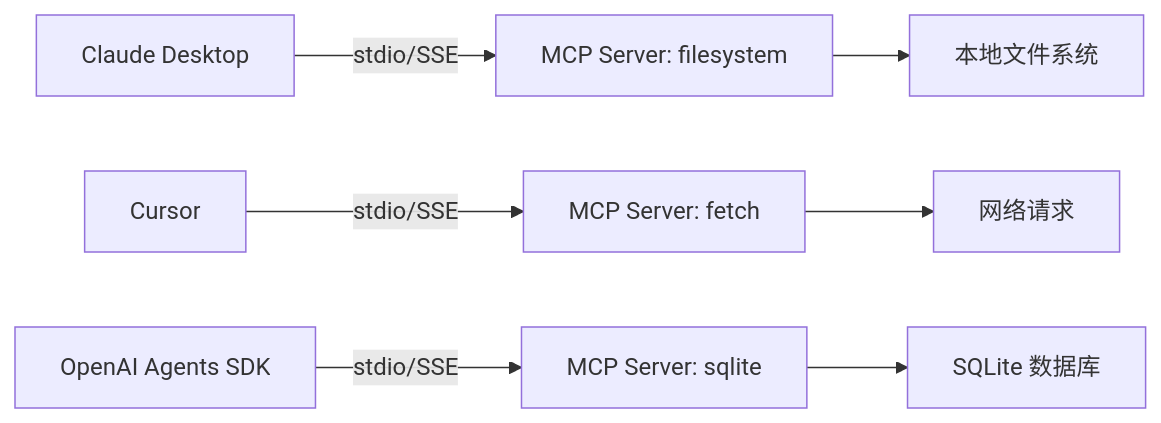
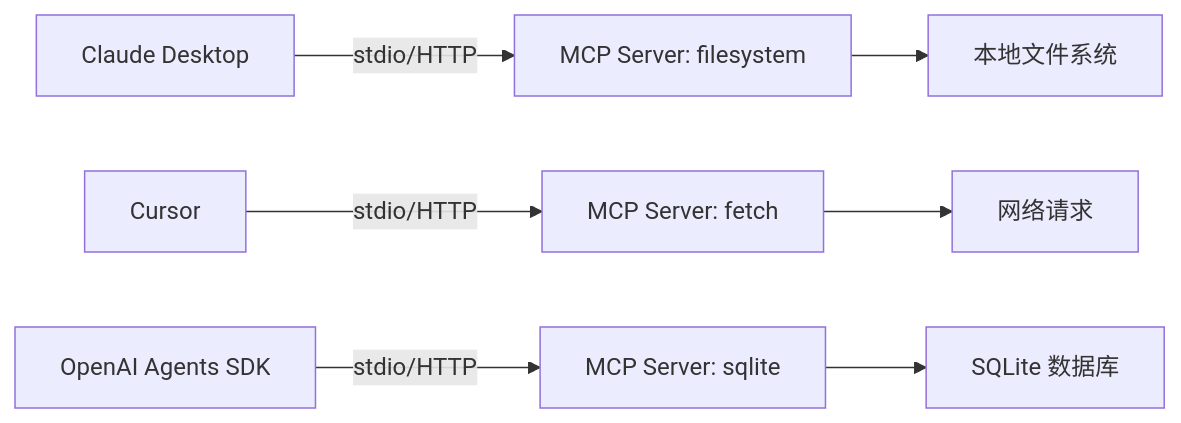
One commit to cypggs/AI_Infra_Handbook changed the second of 2 diagrams in docs/05-agent/mcp/01-background.md. Above: the diagram before and after it, drawn with Mermaid. The commit also changed other lines of this file and 11 other files, not shown here.

Commit message:
更新 MCP 主题至 2026-10：2026-07-28 无状态规范新基线、AAIF 治理、OAuth 2.1、供应链安全与工具投毒防护、SDK v2

````diff
--- a/docs/05-agent/mcp/01-background.md
+++ b/docs/05-agent/mcp/01-background.md
@@ -74,9 +75,9 @@
 ```mermaid
 flowchart LR
-    H1[Claude Desktop] -->|stdio/SSE| S1[MCP Server: filesystem]
-    H2[Cursor] -->|stdio/SSE| S2[MCP Server: fetch]
-    H3[OpenAI Agents SDK] -->|stdio/SSE| S3[MCP Server: sqlite]
+    H1[Claude Desktop] -->|stdio/HTTP| S1[MCP Server: filesystem]
+    H2[Cursor] -->|stdio/HTTP| S2[MCP Server: fetch]
+    H3[OpenAI Agents SDK] -->|stdio/HTTP| S3[MCP Server: sqlite]
     S1 --> FS[本地文件系统]
     S2 --> WEB[网络请求]
     S3 --> DB[SQLite 数据库]
 ```
````
